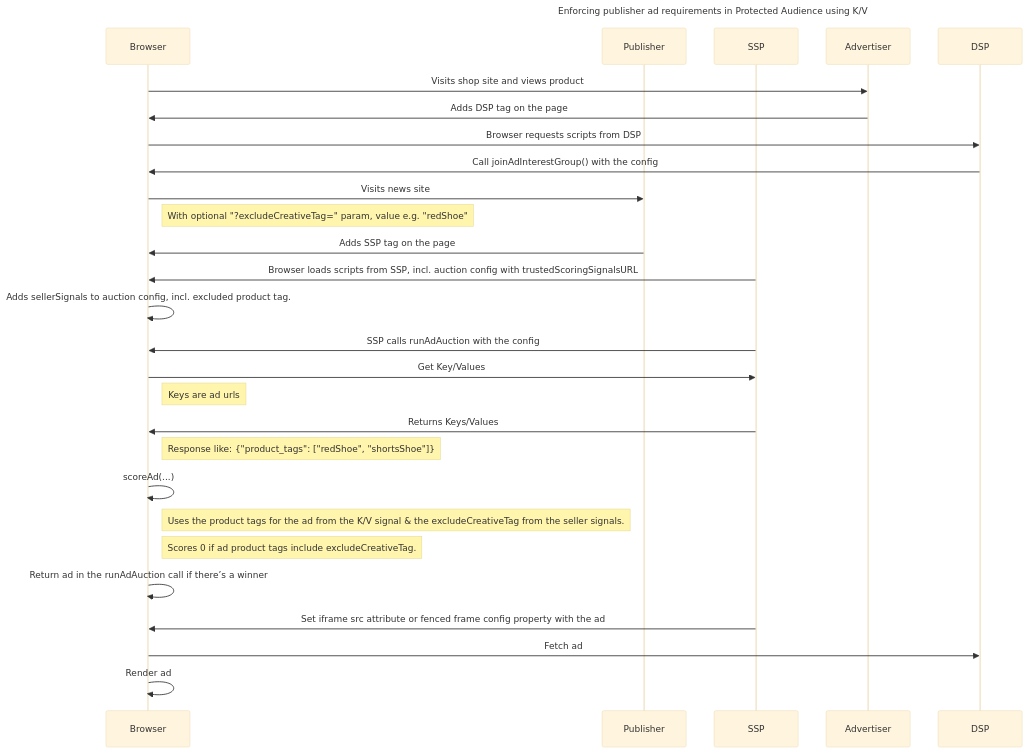
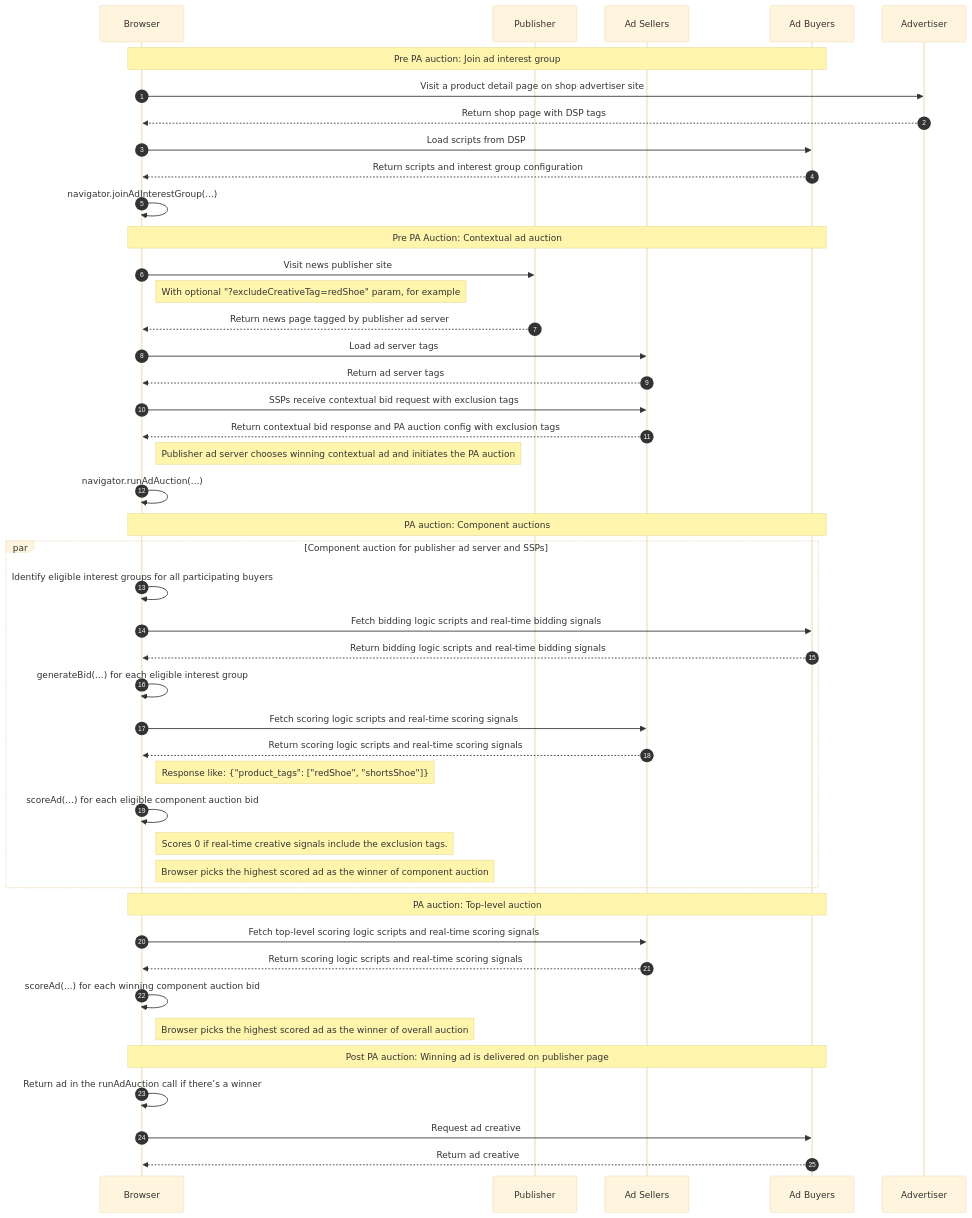
Before and after one commit to privacysandbox/privacy-sandbox-demos: the diagram in services/home/docs/demos/publisher-ad-quality-req.md, drawn with Mermaid (base theme). The commit also changed other lines of this file and 10 other files, not shown here.

````diff
--- a/services/home/docs/demos/publisher-ad-quality-req.md
+++ b/services/home/docs/demos/publisher-ad-quality-req.md
@@ -73,36 +73,54 @@
 ```mermaid
 sequenceDiagram
-Title: Enforcing publisher ad requirements in Protected Audience using K/V
+autonumber
 
 participant Browser
 participant Publisher
-participant SSP
+participant SSP as Ad Sellers
+participant DSP as Ad Buyers
 participant Advertiser
-participant DSP
 
-Browser->>Advertiser:Visits shop site and views product
-Advertiser->>Browser:Adds DSP tag on the page
-Browser->>DSP:Browser requests scripts from DSP
-DSP->>Browser:Call joinAdInterestGroup() with the config
 
-Browser->>Publisher:Visits news site
-note right of Browser: With optional "?excludeCreativeTag=" param, value e.g. "redShoe"
-Publisher->>Browser: Adds SSP tag on the page
-SSP->>Browser: Browser loads scripts from SSP, incl. auction config with trustedScoringSignalsURL
-Browser->>Browser: Adds sellerSignals to auction config, incl. excluded product tag.
-SSP->>Browser:SSP calls runAdAuction with the config
+Note over Browser,DSP: Pre PA auction: Join ad interest group
+Browser ->> Advertiser: Visit a product detail page on shop advertiser site
+Advertiser -->> Browser: Return shop page with DSP tags
+Browser ->> DSP: Load scripts from DSP
+DSP -->> Browser: Return scripts and interest group configuration
+Browser ->> Browser: navigator.joinAdInterestGroup(...)
 
-Browser->>SSP:Get Key/Values
-note right of Browser: Keys are ad urls
-SSP->>Browser:Returns Keys/Values
-note right of Browser: Response like: {"product_tags": ["redShoe", "shortsShoe"]}
+Note over Browser,DSP: Pre PA Auction: Contextual ad auction
+Browser ->> Publisher: Visit news publisher site
+note right of Browser: With optional "?excludeCreativeTag=redShoe" param, for example
+Publisher -->> Browser: Return news page tagged by publisher ad server
+Browser ->> SSP: Load ad server tags
+SSP -->> Browser: Return ad server tags
+Browser ->> SSP: SSPs receive contextual bid request with exclusion tags
+SSP -->> Browser: Return contextual bid response and PA auction config with exclusion tags
+Note right of Browser: Publisher ad server chooses winning contextual ad and initiates the PA auction
+Browser ->> Browser: navigator.runAdAuction(...)
 
-Browser->>Browser:scoreAd(...)
-note right of Browser: Uses the product tags for the ad from the K/V signal & the excludeCreativeTag from the seller signals.
-note right of Browser: Scores 0 if ad product tags include excludeCreativeTag.
+Note over Browser,DSP: PA auction: Component auctions
+par Component auction for publisher ad server and SSPs
+  Browser ->> Browser: Identify eligible interest groups for all participating buyers
+  Browser ->> DSP: Fetch bidding logic scripts and real-time bidding signals
+  DSP -->> Browser: Return bidding logic scripts and real-time bidding signals
+  Browser ->> Browser: generateBid(...) for each eligible interest group
+  Browser ->> SSP: Fetch scoring logic scripts and real-time scoring signals
+  SSP -->> Browser: Return scoring logic scripts and real-time scoring signals
+  Note right of Browser: Response like: {"product_tags": ["redShoe", "shortsShoe"]}
+  Browser ->> Browser: scoreAd(...) for each eligible component auction bid
+  Note right of Browser: Scores 0 if real-time creative signals include the exclusion tags.
+  Note right of Browser: Browser picks the highest scored ad as the winner of component auction
+end
 
+Note over Browser,DSP: PA auction: Top-level auction
+Browser ->> SSP: Fetch top-level scoring logic scripts and real-time scoring signals
+SSP -->> Browser: Return scoring logic scripts and real-time scoring signals
+Browser ->> Browser: scoreAd(...) for each winning component auction bid
+Note right of Browser: Browser picks the highest scored ad as the winner of overall auction
+
+note over Browser,DSP: Post PA auction: Winning ad is delivered on publisher page
 Browser ->> Browser: Return ad in the runAdAuction call if there’s a winner
-SSP ->> Browser: Set iframe src attribute or fenced frame config property with the ad
-Browser ->> DSP: Fetch ad
-Browser ->> Browser: Render ad
+Browser ->> DSP: Request ad creative
+DSP -->> Browser: Return ad creative
 ```
````
